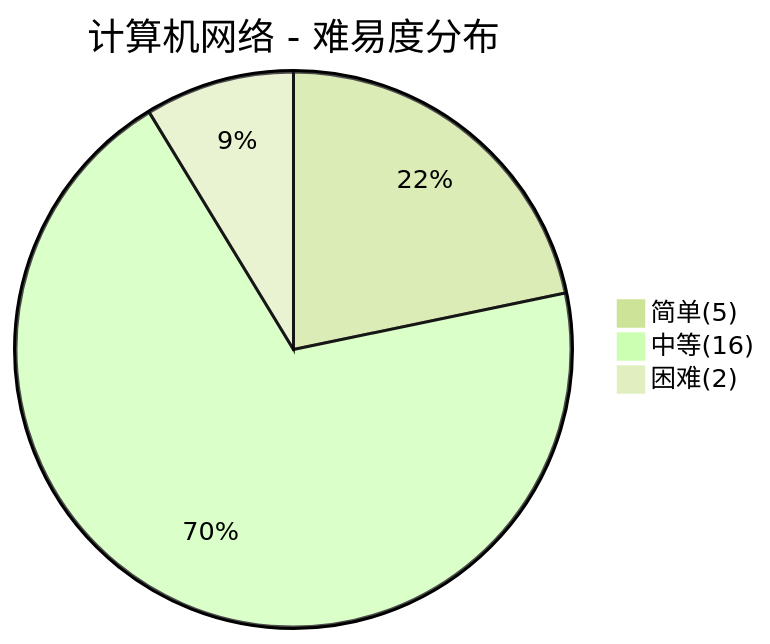
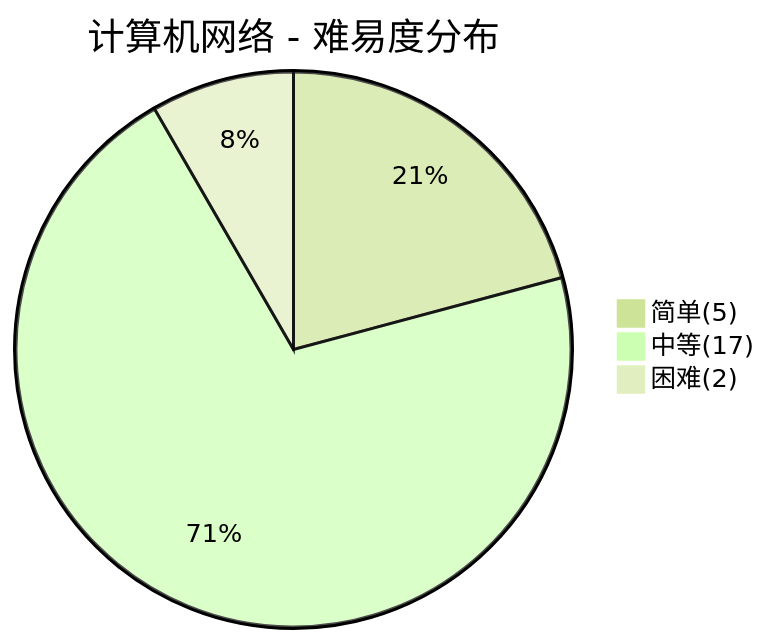
One commit to dunwu/waterdrop changed the first of 2 diagrams in docs/99.面试/计算机基础面试.md. Above: the diagram before and after it, drawn with Mermaid (forest theme). The commit also changed other lines of this file and 73 other files, not shown here.

````diff
--- a/docs/99.面试/计算机基础面试.md
+++ b/docs/99.面试/计算机基础面试.md
@@ -28,6 +28,6 @@
 ```mermaid
 pie title 计算机网络 - 难易度分布
     "简单(5)" : 5
-    "中等(16)" : 16
+    "中等(17)" : 17
     "困难(2)" : 2
 ```
````
